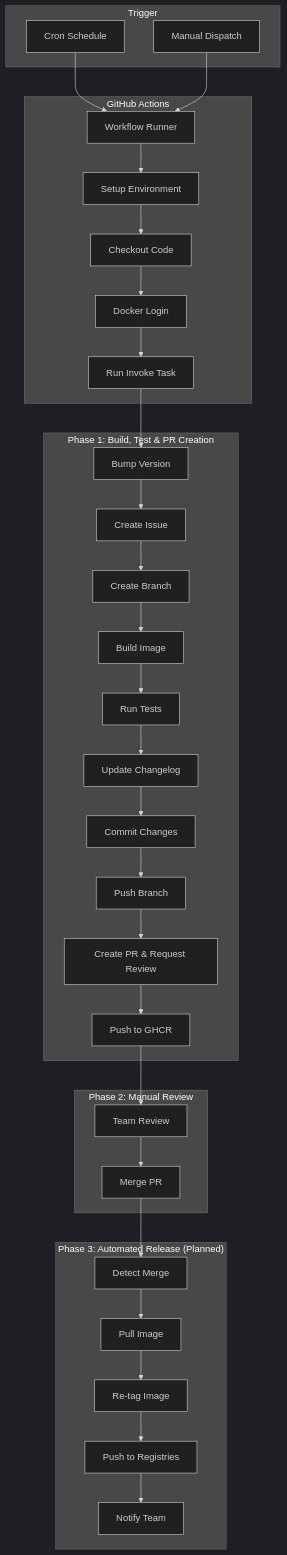
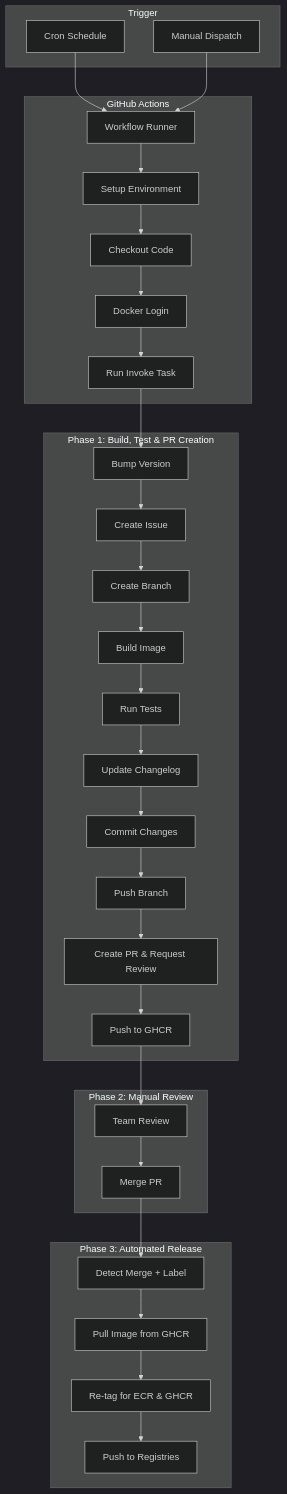
One commit to causify-ai/helpers changed the diagram in docs/tools/dev_system/all.devops_docker_auto_release.explanation.md. Above: the diagram before and after it, drawn with Mermaid (dark theme). The commit also changed other lines of this file, not shown here.

````diff
--- a/docs/tools/dev_system/all.devops_docker_auto_release.explanation.md
+++ b/docs/tools/dev_system/all.devops_docker_auto_release.explanation.md
@@ -68,44 +68,43 @@
 ```mermaid
 graph TB
     subgraph "Trigger"
         A[Cron Schedule]
         B[Manual Dispatch]
     end
 
     subgraph "GitHub Actions"
         D[Workflow Runner]
         D --> E[Setup Environment]
         E --> F[Checkout Code]
         F --> G[Docker Login]
         G --> H[Run Invoke Task]
     end
 
     subgraph "Phase 1: Build, Test & PR Creation"
         H --> I[Bump Version]
         I --> J[Create Issue]
         J --> K[Create Branch]
         K --> L[Build Image]
         L --> M[Run Tests]
         M --> N[Update Changelog]
         N --> O[Commit Changes]
         O --> P[Push Branch]
         P --> Q[Create PR & Request Review]
         Q --> R[Push to GHCR]
     end
 
     subgraph "Phase 2: Manual Review"
         R --> S[Team Review]
         S --> T[Merge PR]
     end
 
-    subgraph "Phase 3: Automated Release (Planned)"
-        T --> U[Detect Merge]
-        U --> V[Pull Image]
-        V --> W[Re-tag Image]
+    subgraph "Phase 3: Automated Release"
+        T --> U[Detect Merge + Label]
+        U --> V[Pull Image from GHCR]
+        V --> W[Re-tag for ECR & GHCR]
         W --> X[Push to Registries]
-        X --> Y[Notify Team]
     end
 
     A --> D
     B --> D
 ```
````
